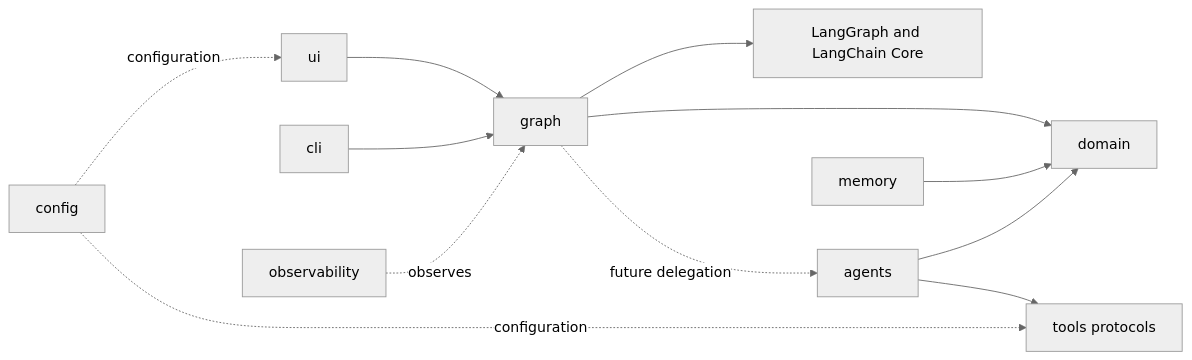
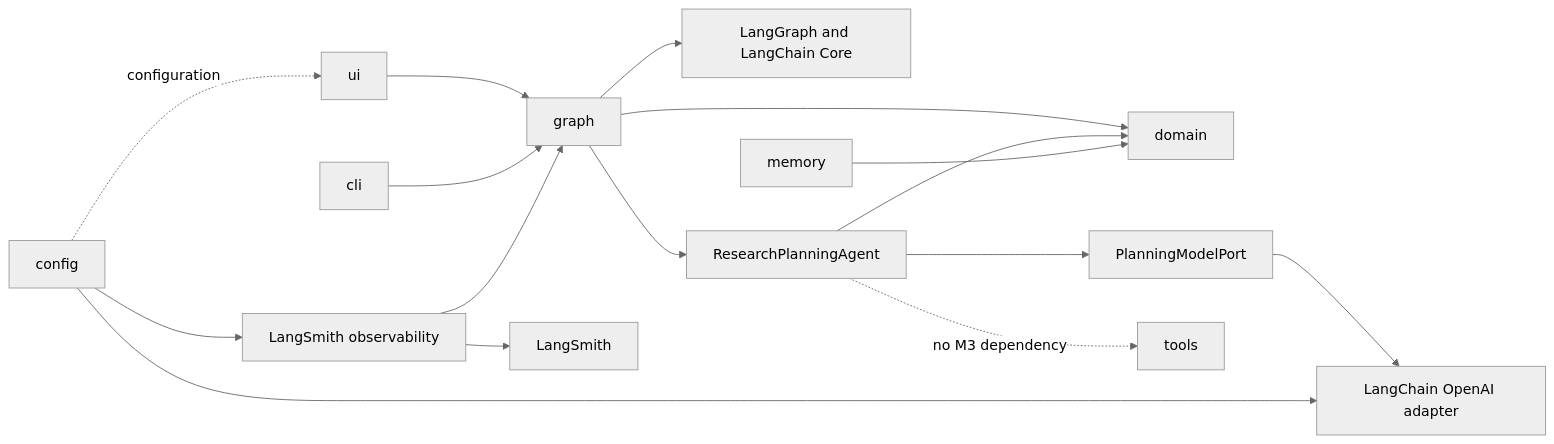
The tenth of 11 diagrams in projects/scholar-path/docs/architecture.md (shanly-rajan/ai-builder), drawn with Mermaid (neutral theme) before and after one commit. The commit also changed other lines of this file and 37 other files, not shown here.

Commit message:
feat: add OpenAI research planning and LangSmith tracing

````diff
--- a/projects/scholar-path/docs/architecture.md
+++ b/projects/scholar-path/docs/architecture.md
@@ -178,14 +303,18 @@
 ```mermaid
 flowchart LR
     UI[ui] --> GRAPH[graph]
     CLI[cli] --> GRAPH
     GRAPH --> LANGGRAPH[LangGraph and LangChain Core]
     GRAPH --> DOMAIN[domain]
-    GRAPH -. future delegation .-> AGENTS[agents]
+    GRAPH --> AGENTS[ResearchPlanningAgent]
+    AGENTS --> PORT[PlanningModelPort]
+    PORT --> OPENAI[LangChain OpenAI adapter]
     AGENTS --> DOMAIN
-    AGENTS --> TOOLS[tools protocols]
+    AGENTS -. no M3 dependency .-> TOOLS[tools]
     MEMORY[memory] --> DOMAIN
-    OBS[observability] -. observes .-> GRAPH
+    OBS[LangSmith observability] --> GRAPH
+    OBS --> LANGSMITH[LangSmith]
     CONFIG[config] -. configuration .-> UI
-    CONFIG -. configuration .-> TOOLS
+    CONFIG --> OPENAI
+    CONFIG --> OBS
 ```
````
